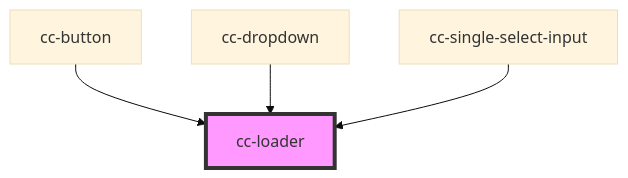
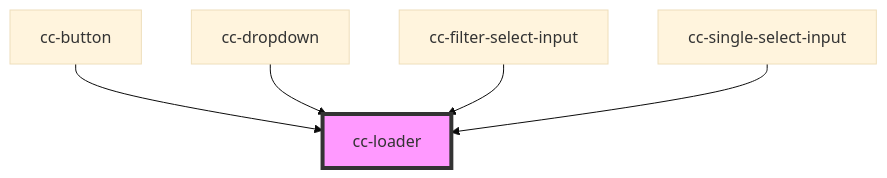
One commit to lacafetalab/cafeta-components changed the diagram in packages/core/src/components/cc-loader/readme.md. Above: the diagram before and after it, drawn with Mermaid (base theme). The commit also changed other lines of this file and 15 other files, not shown here.

Commit message:
feat() component filter , componente autocomplete on cc single input , adding prop border on input

````diff
--- a/packages/core/src/components/cc-loader/readme.md
+++ b/packages/core/src/components/cc-loader/readme.md
@@ -24,7 +25,8 @@
 ```mermaid
 graph TD;
   cc-button --> cc-loader
   cc-dropdown --> cc-loader
+  cc-filter-select-input --> cc-loader
   cc-single-select-input --> cc-loader
   style cc-loader fill:#f9f,stroke:#333,stroke-width:4px
 ```
````
